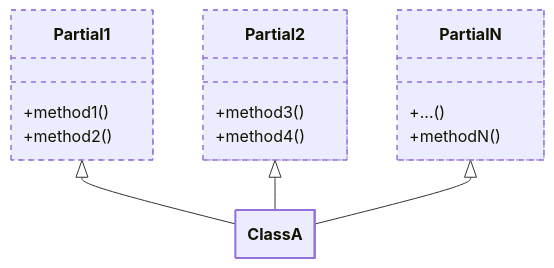
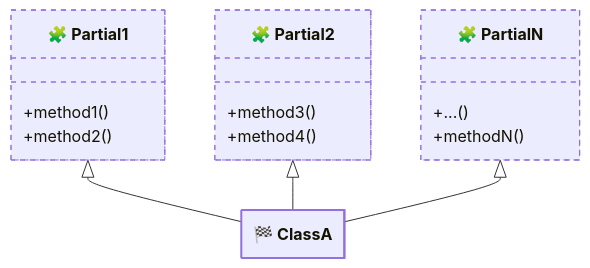
Before and after one commit to thecodecrate/python-pipeline: the second of 4 diagrams in tests/spec-001--class-composition-with-partial-classes.md, drawn with Mermaid.

Commit message:
Work in progress

````diff
--- a/tests/spec-001--class-composition-with-partial-classes.md
+++ b/tests/spec-001--class-composition-with-partial-classes.md
@@ -42,34 +42,34 @@
 ```mermaid
 ---
 config:
     class:
         hideEmptyMembersBox: true
 ---
 classDiagram
-    class Partial1 {
+    class Partial1["🧩 Partial1"] {
         +method1()
         +method2()
     }
 
-    class Partial2 {
+    class Partial2["🧩 Partial2"] {
         +method3()
         +method4()
     }
 
-    class PartialN {
+    class PartialN["🧩 PartialN"] {
         +...()
         +methodN()
     }
 
-    class ClassA {
+    class ClassA["🏁 ClassA"] {
     }
 
     Partial1 <|-- ClassA
     Partial2 <|-- ClassA
     PartialN <|-- ClassA
 
     style Partial1 bugfix:1, stroke-dasharray: 5 5, stroke-width:1px
     style Partial2 bugfix:1, stroke-dasharray: 5 5, stroke-width:1px
     style PartialN bugfix:1, stroke-dasharray: 5 5, stroke-width:1px
-    style ClassA bugfix:1, stroke-width:2px
+    style ClassA bugfix:1, font-weight: bold, stroke-width:2px
 ```
````
